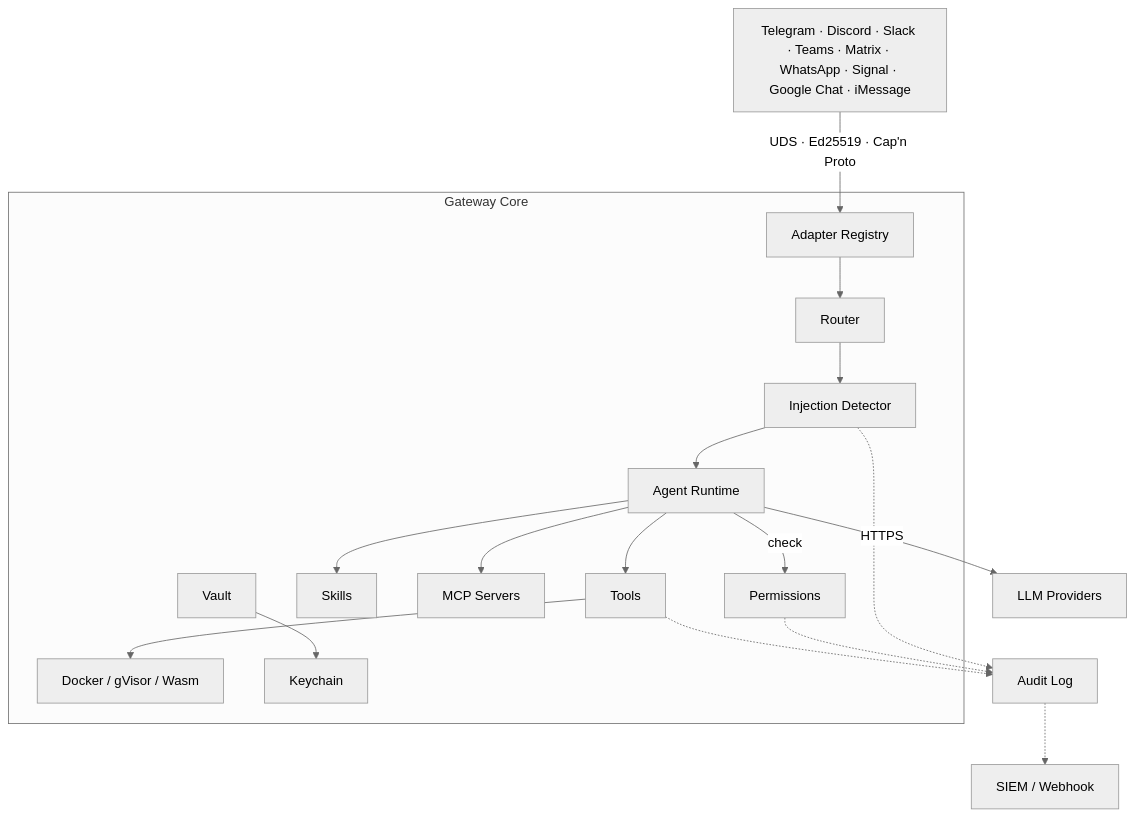
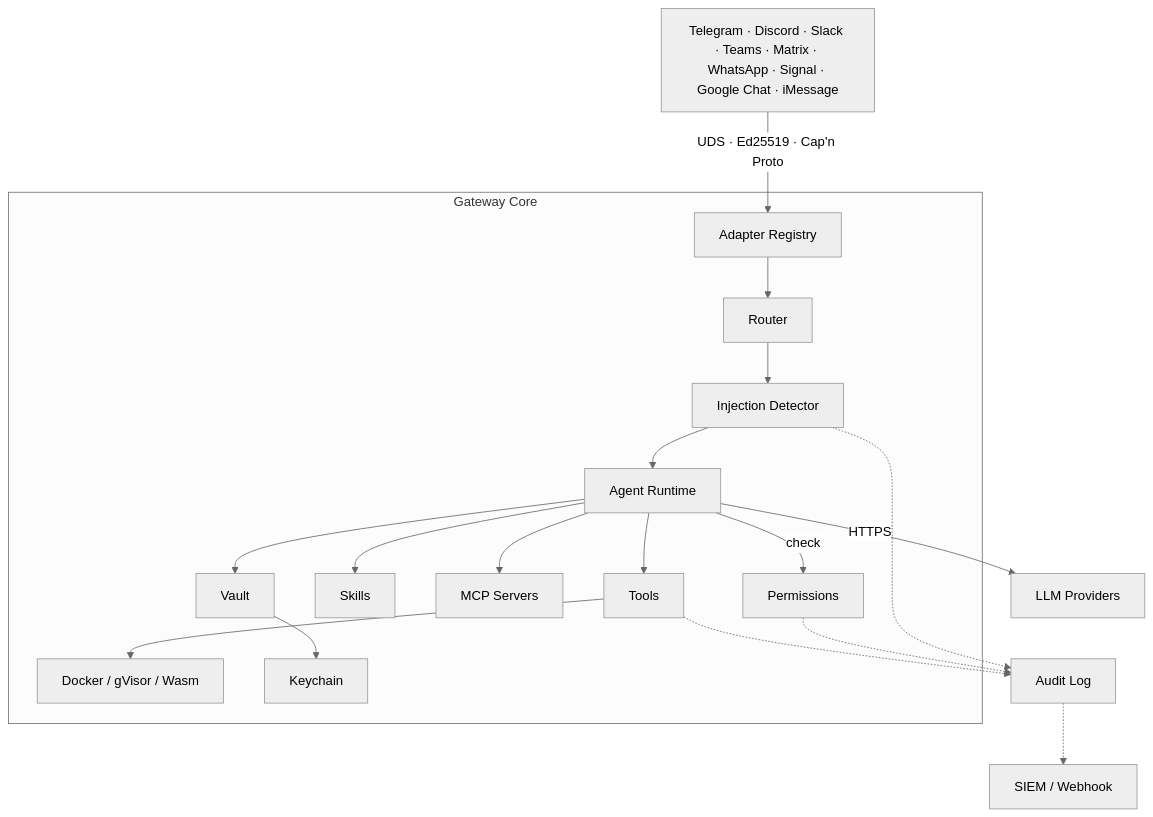
The diagram in README.md (gebruder/wirken), drawn with Mermaid (neutral theme) before and after one commit.

Commit message:
fix diagram: connect Vault to Agent, Tools to Sandbox inline

````diff
--- a/README.md
+++ b/README.md
@@ -76,24 +76,23 @@
 ```mermaid
 graph TD
     Channels["Telegram · Discord · Slack · Teams · Matrix · WhatsApp · Signal · Google Chat · iMessage"]
     Channels -- "UDS · Ed25519 · Cap'n Proto" --> Registry
 
     subgraph Gateway["Gateway Core"]
         Registry[Adapter Registry] --> Router
         Router --> Detect[Injection Detector]
         Detect --> Agent[Agent Runtime]
-        Agent --> Tools
+        Agent -- check --> Permissions
         Agent --> Skills
         Agent --> MCP[MCP Servers]
-        Agent -- check --> Permissions
-        Tools --> Sandbox[Docker / gVisor / Wasm]
-        Vault --> Keychain
+        Agent --> Tools --> Sandbox[Docker / gVisor / Wasm]
+        Agent --> Vault --> Keychain
     end
 
     Agent -- HTTPS --> LLM[LLM Providers]
 
     Detect -.-> Audit
     Permissions -.-> Audit
     Tools -.-> Audit
     Audit[Audit Log] -.-> SIEM[SIEM / Webhook]
 ```
````
